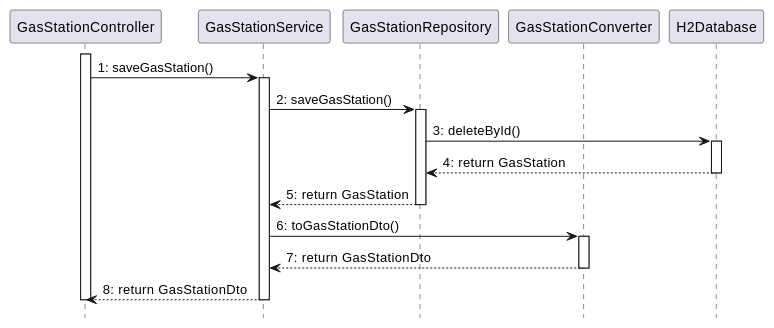
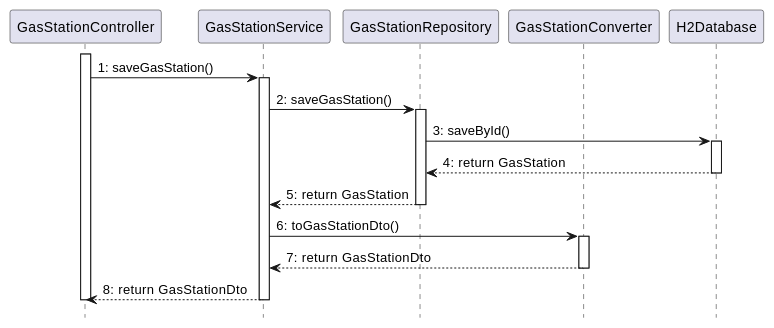
One commit to SE2-group4/SE1-project changed the eighth of 14 diagrams in docs/DesignDocument.md. Above: the diagram before and after it, drawn with PlantUML. The commit also changed other lines of this file, not shown here.

````diff
--- a/docs/DesignDocument.md
+++ b/docs/DesignDocument.md
@@ -731,36 +571,36 @@
 ```plantuml
 @startuml
 hide footbox
 skinparam shadowing false
 
 participant GasStationController as GC
 participant GasStationService as GS
 participant GasStationRepository as GR
 participant GasStationConverter as GCV
 participant H2Database as H2
 
 activate GC
 GC -> GS: 1: saveGasStation()
 activate GS
 
 GS -> GR: 2: saveGasStation()
 activate GR
 
-GR -> H2: 3: deleteById()
+GR -> H2: 3: saveById()
 
 activate H2
 H2 --> GR: 4: return GasStation
 deactivate H2
 
 GR --> GS: 5: return GasStation
 deactivate GR
 
 GS -> GCV: 6: toGasStationDto()
 activate GCV
 GCV --> GS: 7: return GasStationDto
 deactivate GCV
 GS --> GC: 8: return GasStationDto
 deactivate GS
 deactivate GC
 @enduml
 ```
````
